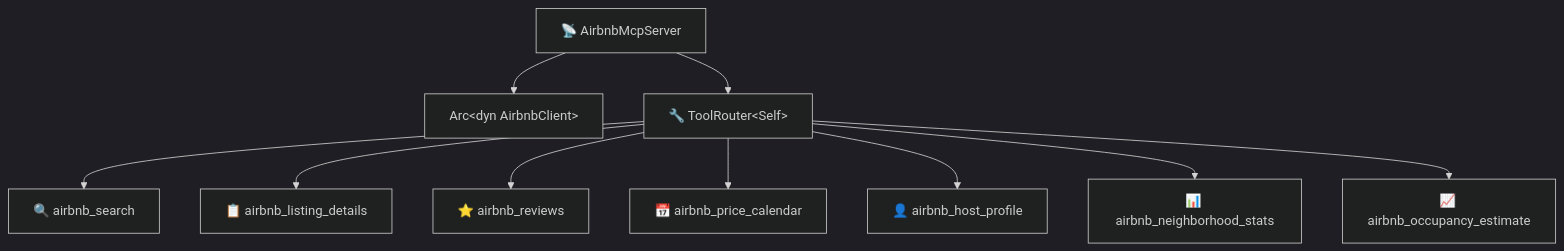
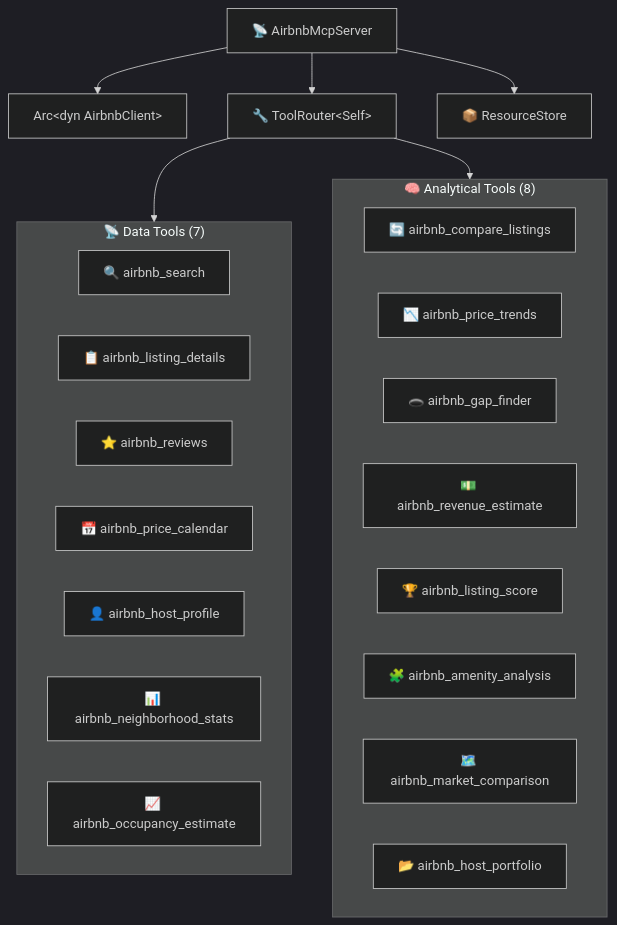
Before and after one commit to muchiny/mcp-airbnb: the diagram in src/mcp/README.md, drawn with Mermaid (dark theme). The commit also changed other lines of this file and 43 other files, not shown here.

````diff
--- a/src/mcp/README.md
+++ b/src/mcp/README.md
@@ -17,14 +17,31 @@
 ```mermaid
 flowchart TD
     Server["📡 AirbnbMcpServer"]
     Server --> Client["Arc&lt;dyn AirbnbClient&gt;"]
     Server --> Router["🔧 ToolRouter&lt;Self&gt;"]
+    Server --> Resources["📦 ResourceStore"]
 
-    Router --> S["🔍 airbnb_search"]
-    Router --> D["📋 airbnb_listing_details"]
-    Router --> R["⭐ airbnb_reviews"]
-    Router --> C["📅 airbnb_price_calendar"]
-    Router --> H["👤 airbnb_host_profile"]
-    Router --> N["📊 airbnb_neighborhood_stats"]
-    Router --> O["📈 airbnb_occupancy_estimate"]
+    subgraph Data["📡 Data Tools (7)"]
+        S["🔍 airbnb_search"]
+        D["📋 airbnb_listing_details"]
+        R["⭐ airbnb_reviews"]
+        C["📅 airbnb_price_calendar"]
+        H["👤 airbnb_host_profile"]
+        N["📊 airbnb_neighborhood_stats"]
+        O["📈 airbnb_occupancy_estimate"]
+    end
+
+    subgraph Analytical["🧠 Analytical Tools (8)"]
+        CMP["🔄 airbnb_compare_listings"]
+        PT["📉 airbnb_price_trends"]
+        GF["🕳️ airbnb_gap_finder"]
+        RE["💵 airbnb_revenue_estimate"]
+        LS["🏆 airbnb_listing_score"]
+        AA["🧩 airbnb_amenity_analysis"]
+        MC["🗺️ airbnb_market_comparison"]
+        HP["📂 airbnb_host_portfolio"]
+    end
+
+    Router --> Data
+    Router --> Analytical
 ```
````
